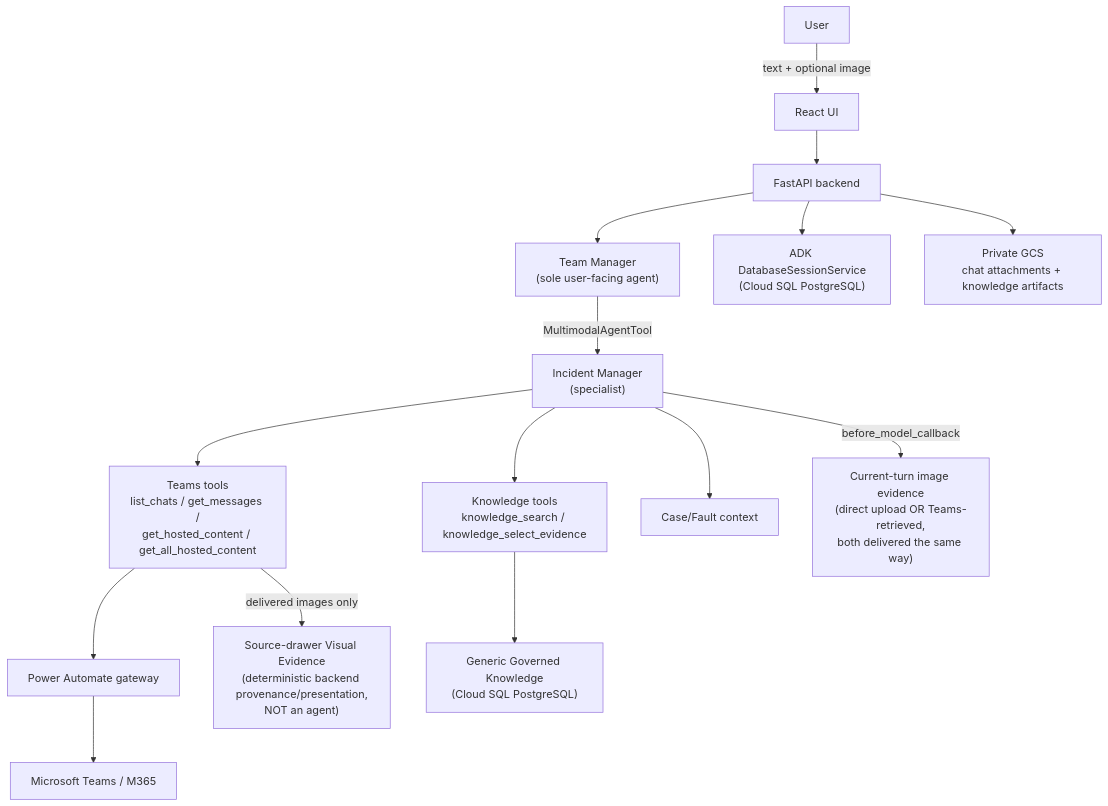
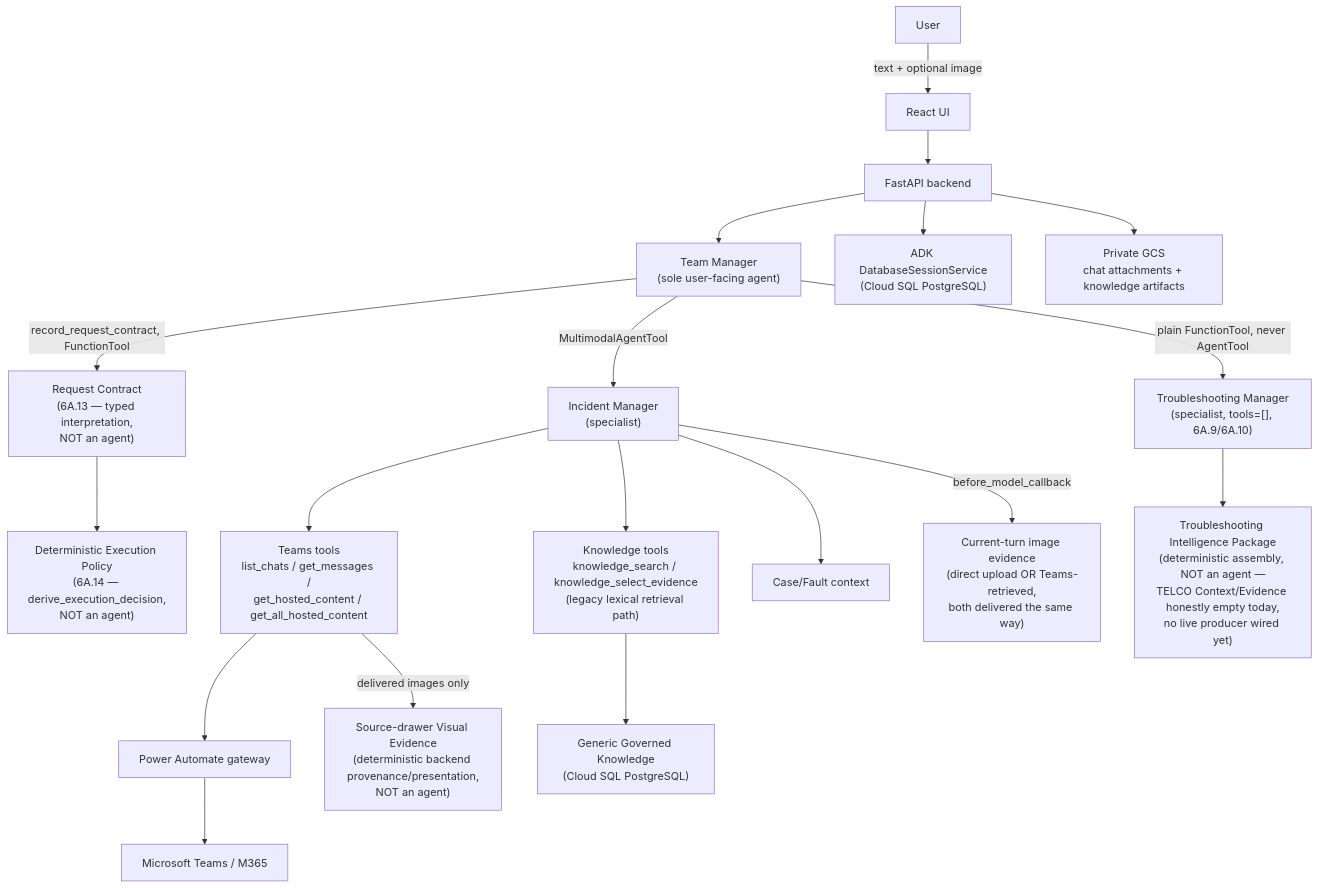
One commit to drak0niii/SLOPANOC changed the first of 2 diagrams in docs/MASTER_ROADMAP.md. Above: the diagram before and after it, drawn with Mermaid. The commit also changed other lines of this file and 206 other files, not shown here.

````diff
--- a/docs/MASTER_ROADMAP.md
+++ b/docs/MASTER_ROADMAP.md
@@ -338,17 +407,21 @@
 ```mermaid
 flowchart TD
     User -->|text + optional image| UI[React UI]
     UI --> API[FastAPI backend]
     API --> TM["Team Manager<br/>(sole user-facing agent)"]
+    TM -->|record_request_contract, FunctionTool| RC["Request Contract<br/>(6A.13 — typed interpretation,<br/>NOT an agent)"]
+    RC --> EP["Deterministic Execution Policy<br/>(6A.14 — derive_execution_decision,<br/>NOT an agent)"]
     TM -->|MultimodalAgentTool| IM["Incident Manager<br/>(specialist)"]
+    TM -->|plain FunctionTool, never AgentTool| TSM["Troubleshooting Manager<br/>(specialist, tools=[], 6A.9/6A.10)"]
     IM --> TTOOLS["Teams tools<br/>list_chats / get_messages /<br/>get_hosted_content / get_all_hosted_content"]
-    IM --> KTOOLS["Knowledge tools<br/>knowledge_search / knowledge_select_evidence"]
+    IM --> KTOOLS["Knowledge tools<br/>knowledge_search / knowledge_select_evidence<br/>(legacy lexical retrieval path)"]
     IM --> CASE["Case/Fault context"]
+    TSM --> TIP["Troubleshooting Intelligence Package<br/>(deterministic assembly, NOT an agent —<br/>TELCO Context/Evidence honestly empty today,<br/>no live producer wired yet)"]
     TTOOLS --> PA["Power Automate gateway"]
     PA --> TEAMS["Microsoft Teams / M365"]
     KTOOLS --> KM["Generic Governed Knowledge<br/>(Cloud SQL PostgreSQL)"]
     API --> SESS["ADK DatabaseSessionService<br/>(Cloud SQL PostgreSQL)"]
     API --> GCS["Private GCS<br/>chat attachments + knowledge artifacts"]
     IM -->|before_model_callback| VISION["Current-turn image evidence<br/>(direct upload OR Teams-retrieved,<br/>both delivered the same way)"]
     TTOOLS -->|delivered images only| VE["Source-drawer Visual Evidence<br/>(deterministic backend provenance/presentation,<br/>NOT an agent)"]
 ```
````
